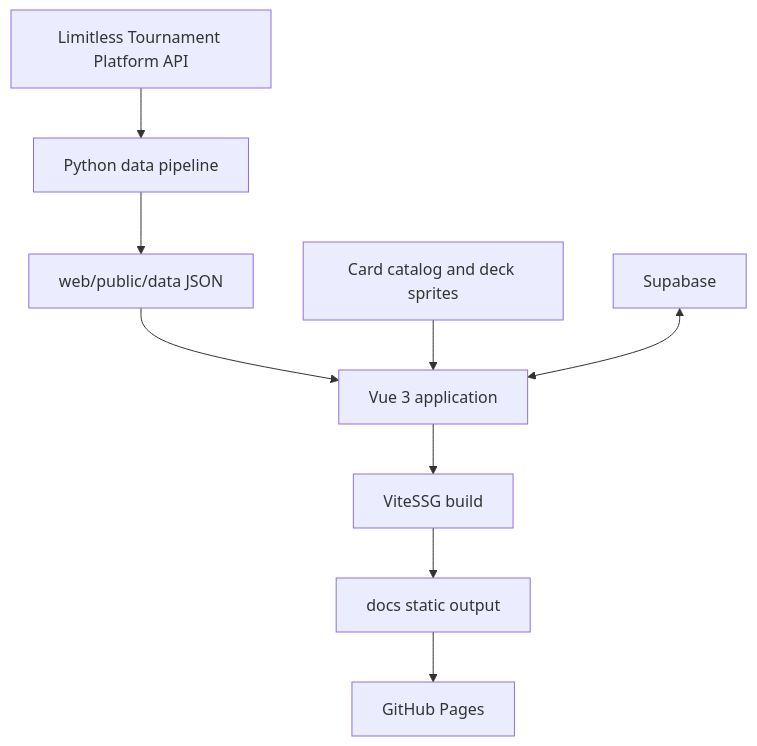
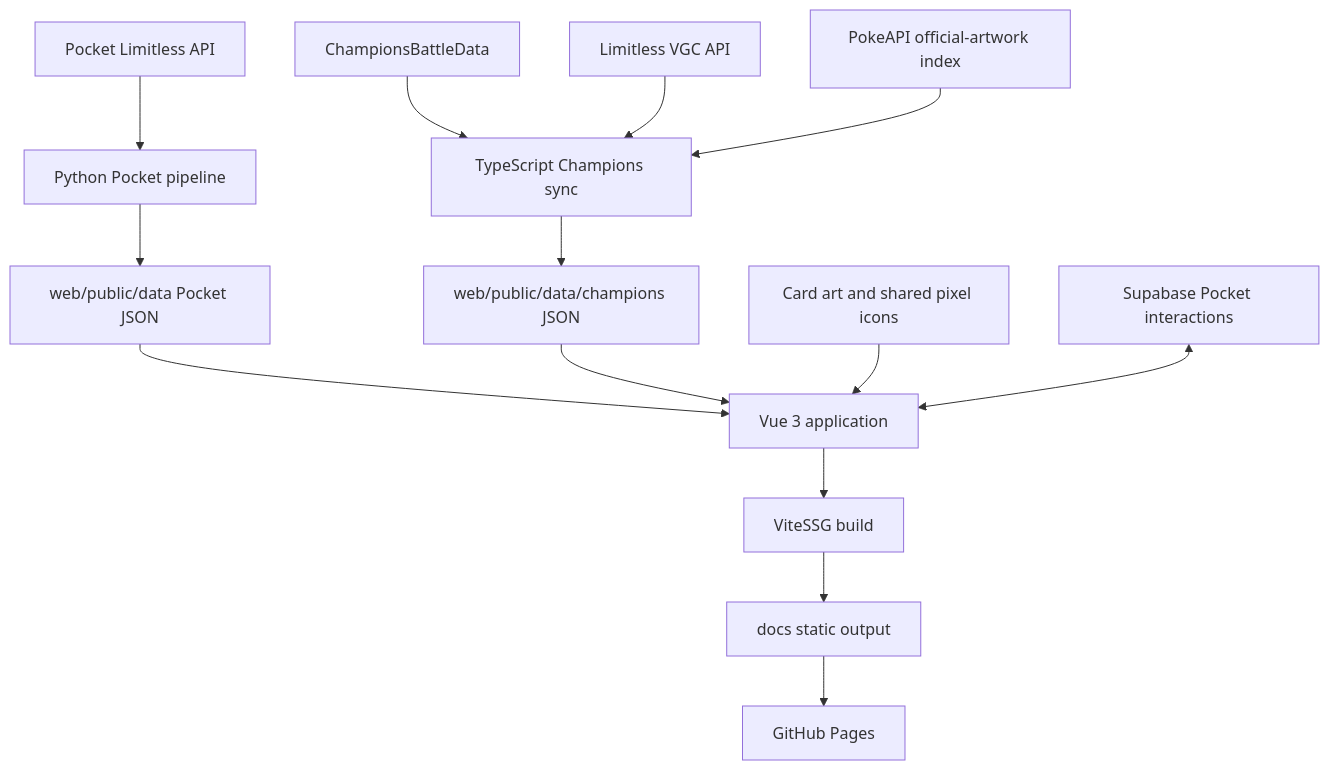
One commit to ben886488-create/BattleTowerMeta changed the diagram in PROJECT_OVERVIEW.md. Above: the diagram before and after it, drawn with Mermaid. The commit also changed other lines of this file and 444 other files, not shown here.

Commit message:
feat: unify site design and add Pocket dual-deck analytics [skip ci]

````diff
--- a/PROJECT_OVERVIEW.md
+++ b/PROJECT_OVERVIEW.md
@@ -71,11 +88,16 @@
 ```mermaid
 flowchart TD
-    A[Limitless Tournament Platform API] --> B[Python data pipeline]
-    B --> C[web/public/data JSON]
-    C --> D[Vue 3 application]
-    E[Card catalog and deck sprites] --> D
-    D --> F[ViteSSG build]
-    F --> G[docs static output]
-    G --> H[GitHub Pages]
-    I[Supabase] <--> D
+    A[Pocket Limitless API] --> B[Python Pocket pipeline]
+    C[ChampionsBattleData] --> D[TypeScript Champions sync]
+    E[Limitless VGC API] --> D
+    F[PokeAPI official-artwork index] --> D
+    B --> G[web/public/data Pocket JSON]
+    D --> H[web/public/data/champions JSON]
+    G --> I[Vue 3 application]
+    H --> I
+    J[Card art and shared pixel icons] --> I
+    I --> K[ViteSSG build]
+    K --> L[docs static output]
+    L --> M[GitHub Pages]
+    N[Supabase Pocket interactions] <--> I
 ```
````
